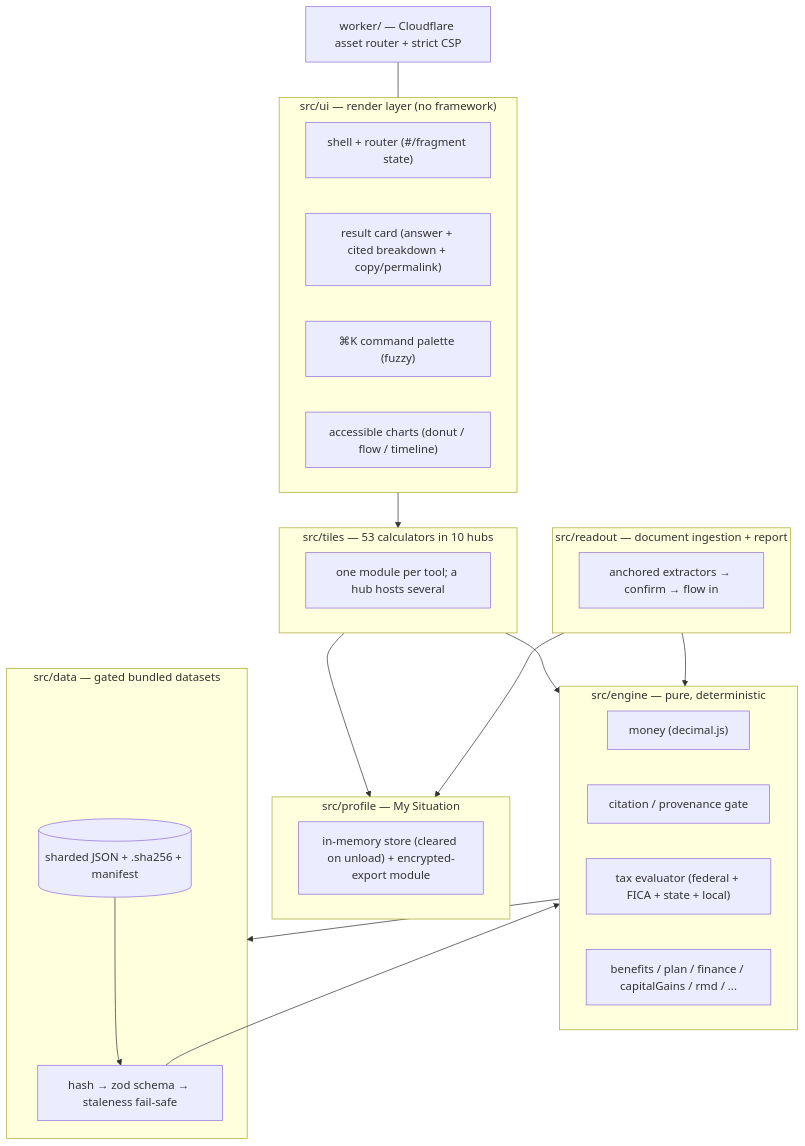
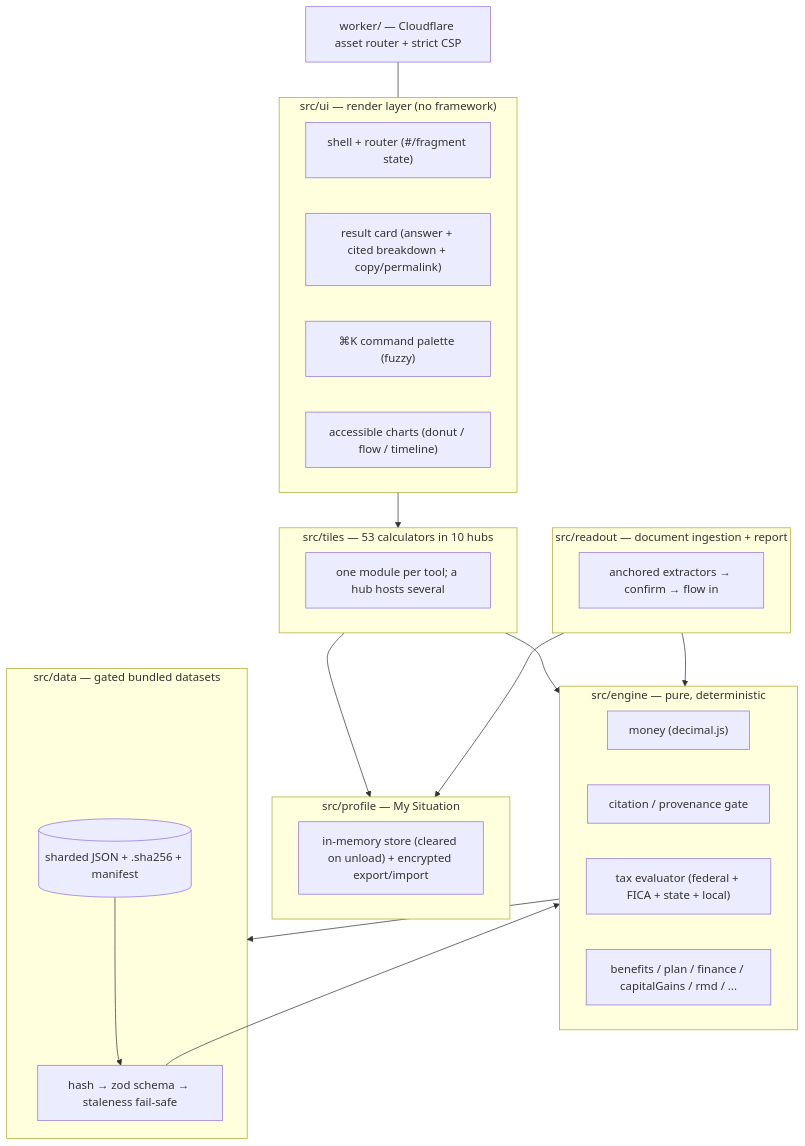
Before and after one commit to clay-good/enklayve: the second of 6 diagrams in README.md, drawn with Mermaid. The commit also changed other lines of this file and 5 other files, not shown here.

````diff
--- a/README.md
+++ b/README.md
@@ -236,36 +236,36 @@
 ```mermaid
 flowchart TD
     subgraph UI["src/ui — render layer (no framework)"]
         SH["shell + router (#/fragment state)"]
         RC["result card (answer + cited breakdown + copy/permalink)"]
         CP["⌘K command palette (fuzzy)"]
         CH["accessible charts (donut / flow / timeline)"]
     end
     subgraph TILES["src/tiles — 53 calculators in 10 hubs"]
         T1["one module per tool; a hub hosts several"]
     end
     subgraph PROFILE["src/profile — My Situation"]
-        PS["in-memory store (cleared on unload) + encrypted-export module"]
+        PS["in-memory store (cleared on unload) + encrypted export/import"]
     end
     subgraph READOUT["src/readout — document ingestion + report"]
         RX["anchored extractors → confirm → flow in"]
     end
     subgraph ENGINE["src/engine — pure, deterministic"]
         MN["money (decimal.js)"]
         CI["citation / provenance gate"]
         TAX["tax evaluator (federal + FICA + state + local)"]
         BEN["benefits / plan / finance / capitalGains / rmd / ..."]
     end
     subgraph DATA["src/data — gated bundled datasets"]
         LO["hash → zod schema → staleness fail-safe"]
         DS[("sharded JSON + .sha256 + manifest")]
     end
     TILES --> ENGINE
     READOUT --> ENGINE
     TILES --> PROFILE
     READOUT --> PROFILE
     UI --> TILES
     ENGINE --> DATA
     DS --> LO --> ENGINE
     WORKER["worker/ — Cloudflare asset router + strict CSP"] --- UI
 ```
````
